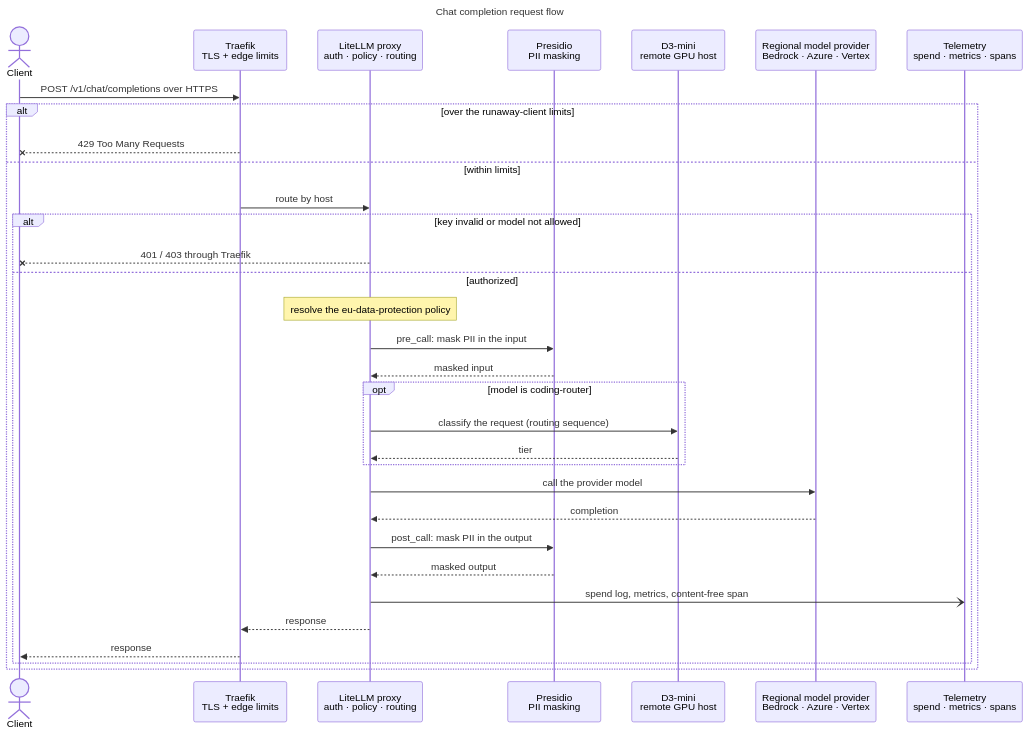
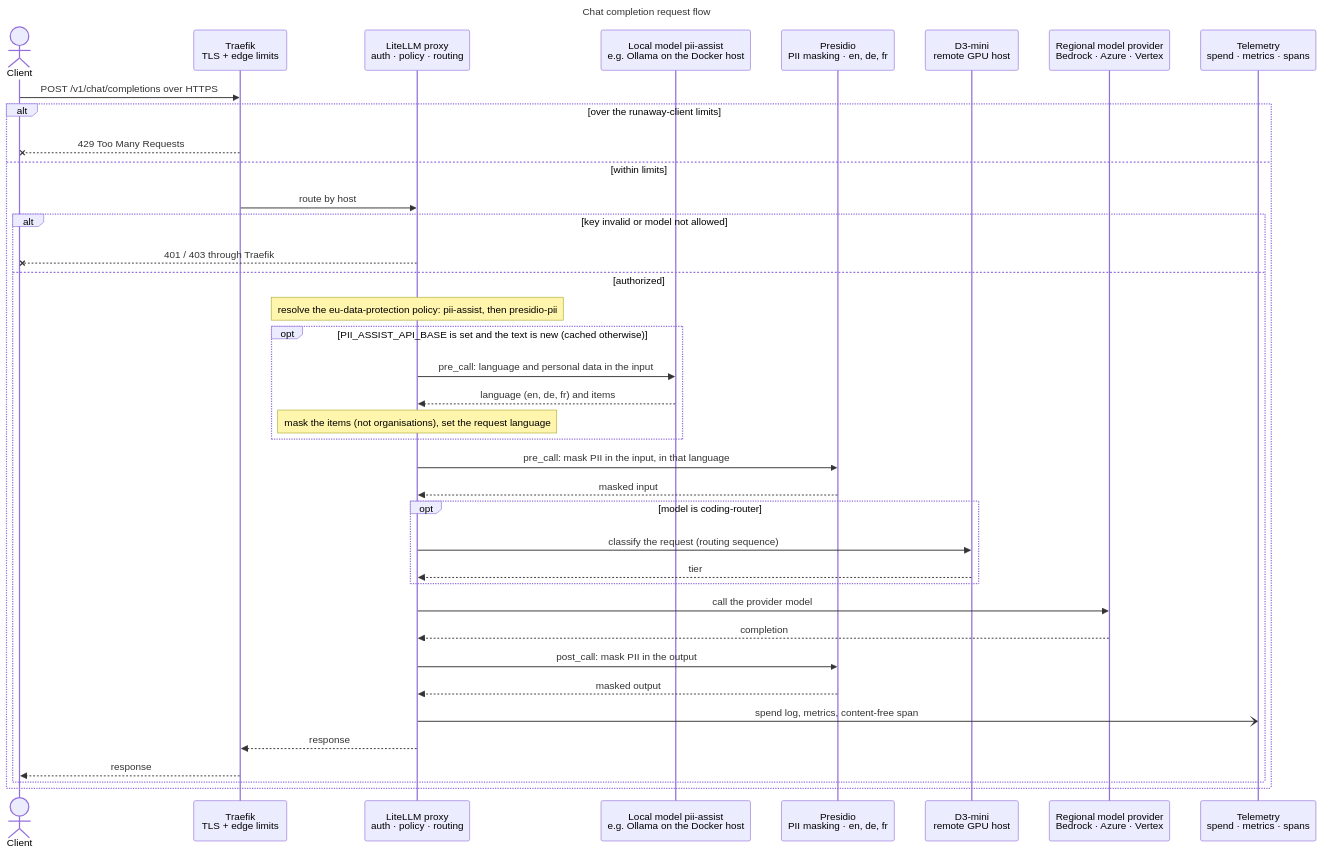
The diagram in diagrams/10-chat-request-flow.mmd (bella-1337/effective-spoon), drawn with Mermaid before and after one commit. The commit also changed 34 other files, not shown here.

```diff
--- a/diagrams/10-chat-request-flow.mmd
+++ b/diagrams/10-chat-request-flow.mmd
@@ -1,43 +1,49 @@
 ---
 title: Chat completion request flow
 ---
 sequenceDiagram
   %% Source for 10-chat-request-flow.html. Edit this file, then run ./scripts/render-diagrams.py.
   %% Directives: docs in diagrams/README.md (Updating diagrams).
   %% @subtitle From the client's HTTPS call to the response, through edge limits, authentication, policy, PII masking, routing, and telemetry
   %% @type cloud: TR
   %% @type security: PR
-  %% @type external: D3 EUP
+  %% @type external: D3 EUP OL
   %% @type database: OBS
   actor C as Client
   participant TR as Traefik<br/>TLS + edge limits
   participant LL as LiteLLM proxy<br/>auth · policy · routing
-  participant PR as Presidio<br/>PII masking
+  participant OL as Local model pii-assist<br/>e.g. Ollama on the Docker host
+  participant PR as Presidio<br/>PII masking · en, de, fr
   participant D3 as D3-mini<br/>remote GPU host
   participant EUP as Regional model provider<br/>Bedrock · Azure · Vertex
   participant OBS as Telemetry<br/>spend · metrics · spans
 
   C->>TR: POST /v1/chat/completions over HTTPS
   alt over the runaway-client limits
     TR--xC: 429 Too Many Requests
   else within limits
     TR->>LL: route by host
     alt key invalid or model not allowed
       LL--xC: 401 / 403 through Traefik
     else authorized
-      Note over LL: resolve the eu-data-protection policy
-      LL->>PR: pre_call: mask PII in the input
+      Note over LL: resolve the eu-data-protection policy: pii-assist, then presidio-pii
+      opt PII_ASSIST_API_BASE is set and the text is new (cached otherwise)
+        LL->>OL: pre_call: language and personal data in the input
+        OL-->>LL: language (en, de, fr) and items
+        Note over LL: mask the items (not organisations), set the request language
+      end
+      LL->>PR: pre_call: mask PII in the input, in that language
       PR-->>LL: masked input
       opt model is coding-router
         LL->>D3: classify the request (routing sequence)
         D3-->>LL: tier
       end
       LL->>EUP: call the provider model
       EUP-->>LL: completion
       LL->>PR: post_call: mask PII in the output
       PR-->>LL: masked output
       LL-)OBS: spend log, metrics, content-free span
       LL-->>TR: response
       TR-->>C: response
     end
   end
```
